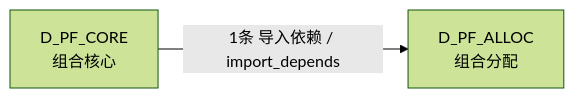
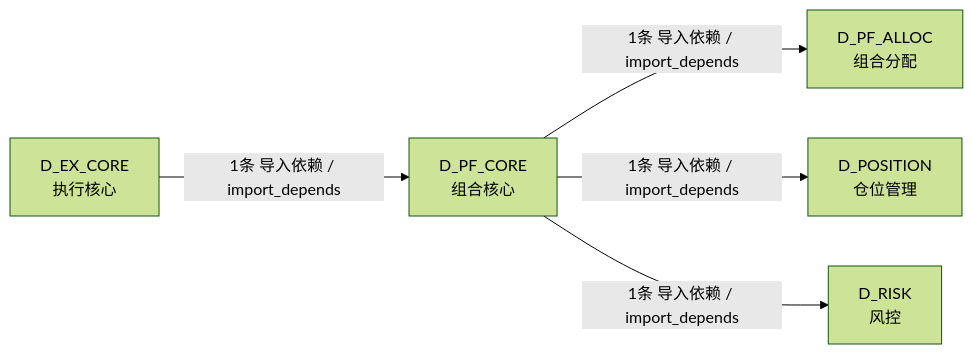
The fourth of 4 diagrams in docs/02_enterprise_architecture/02_domain_architecture_docs/63_d_pf_core.md (xuanFelixVan/ZephyrAlpha), drawn with Mermaid (forest theme) before and after one commit. The commit also changed other lines of this file and 79 other files, not shown here.

````diff
--- a/docs/02_enterprise_architecture/02_domain_architecture_docs/63_d_pf_core.md
+++ b/docs/02_enterprise_architecture/02_domain_architecture_docs/63_d_pf_core.md
@@ -117,6 +146,12 @@
 ```mermaid
 graph LR
     D_PF_CORE["D_PF_CORE<br/>组合核心"]
     D_PF_ALLOC["D_PF_ALLOC<br/>组合分配"]
+    D_POSITION["D_POSITION<br/>仓位管理"]
+    D_RISK["D_RISK<br/>风控"]
+    D_EX_CORE["D_EX_CORE<br/>执行核心"]
     D_PF_CORE -->|1条 导入依赖 / import_depends| D_PF_ALLOC
+    D_PF_CORE -->|1条 导入依赖 / import_depends| D_POSITION
+    D_PF_CORE -->|1条 导入依赖 / import_depends| D_RISK
+    D_EX_CORE -->|1条 导入依赖 / import_depends| D_PF_CORE
 ```
````
